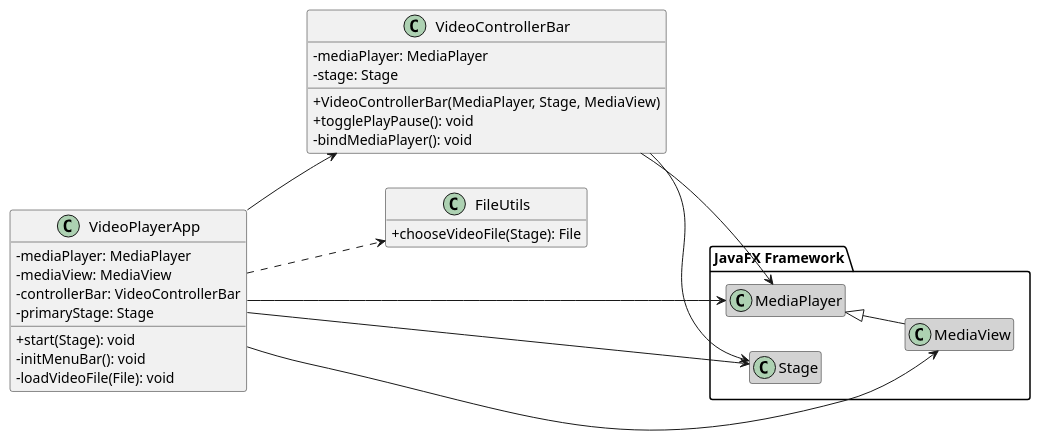
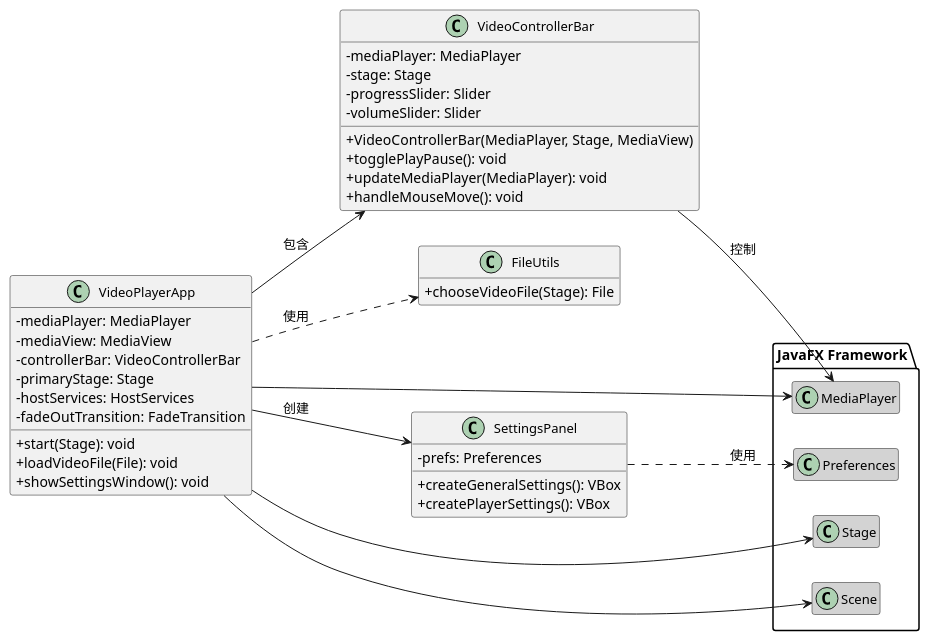
Before and after one commit to ooooyasumi/Dogplayer: the diagram in class.puml, drawn with PlantUML. The commit also changed 10 other files, not shown here.

```diff
--- a/class.puml
+++ b/class.puml
@@ -1,46 +1,57 @@
 @startuml
-skinparam classFontSize 15
+skinparam classFontSize 13
 skinparam classAttributeIconSize 0
 left to right direction
 
 class VideoPlayerApp {
   - mediaPlayer: MediaPlayer
   - mediaView: MediaView
   - controllerBar: VideoControllerBar
   - primaryStage: Stage
+  - hostServices: HostServices
+  - fadeOutTransition: FadeTransition
   + start(Stage): void
-  - initMenuBar(): void
-  - loadVideoFile(File): void
+  + loadVideoFile(File): void
+  + showSettingsWindow(): void
 }
 
 class VideoControllerBar {
   - mediaPlayer: MediaPlayer
   - stage: Stage
+  - progressSlider: Slider
+  - volumeSlider: Slider
   + VideoControllerBar(MediaPlayer, Stage, MediaView)
   + togglePlayPause(): void
-  - bindMediaPlayer(): void
+  + updateMediaPlayer(MediaPlayer): void
+  + handleMouseMove(): void
 }
 
 class FileUtils {
   + chooseVideoFile(Stage): File
 }
 
+class SettingsPanel {
+  - prefs: Preferences
+  + createGeneralSettings(): VBox
+  + createPlayerSettings(): VBox
+}
+
 package "JavaFX Framework" {
   class MediaPlayer #lightgray
   class Stage #lightgray
-  class MediaView #lightgray
+  class Scene #lightgray
+  class Preferences #lightgray
 }
 
-VideoPlayerApp --> VideoControllerBar 
-VideoPlayerApp ..> FileUtils
+VideoPlayerApp --> VideoControllerBar : 包含
+VideoPlayerApp ..> FileUtils : 使用
+VideoPlayerApp --> SettingsPanel : 创建
+VideoControllerBar --> MediaPlayer : 控制
+SettingsPanel ..> Preferences : 使用
+
 VideoPlayerApp --> MediaPlayer
 VideoPlayerApp --> Stage
-VideoPlayerApp --> MediaView
-
-VideoControllerBar --> MediaPlayer
-VideoControllerBar --> Stage
-
-MediaPlayer <|-- MediaView
+VideoPlayerApp --> Scene
 
 hide empty members
 @enduml
```
